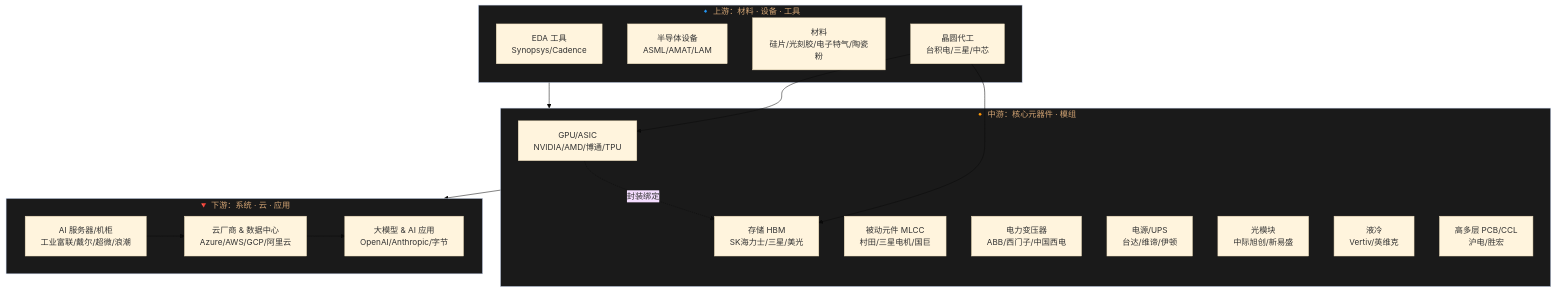
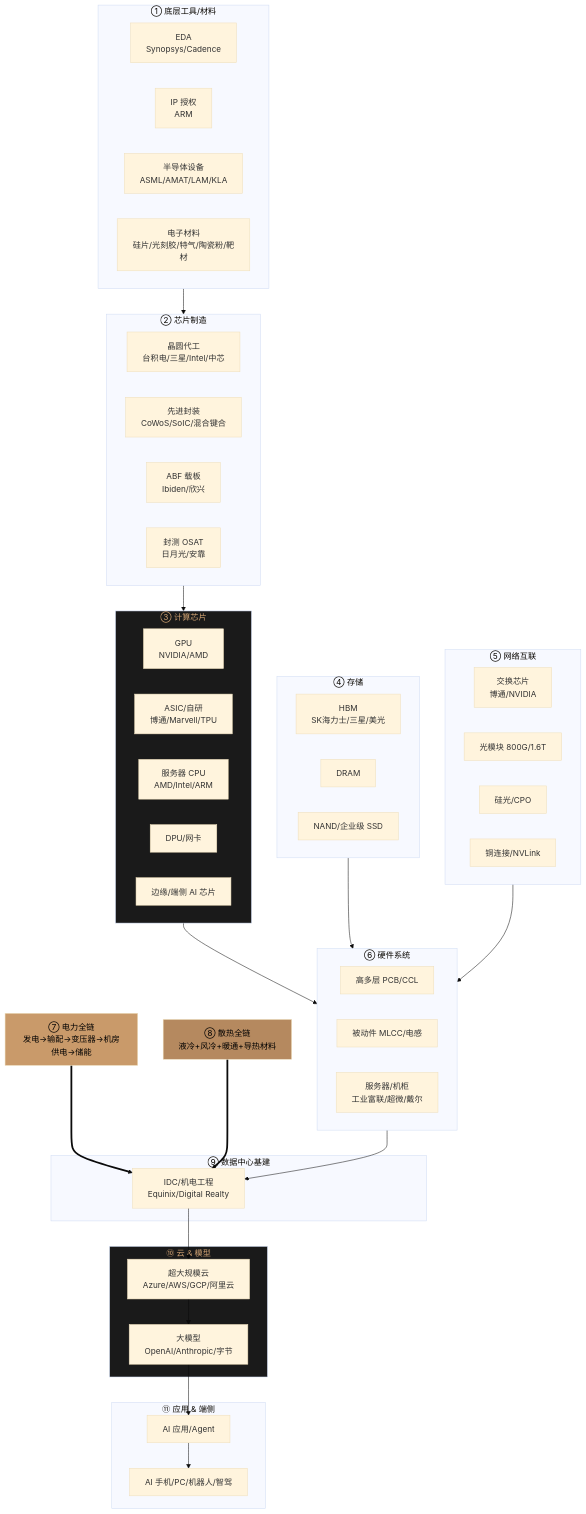
One commit to zhidaqian/understand-anything changed the second of 8 diagrams in docs/ai-supply-chain/README.md. Above: the diagram before and after it, drawn with Mermaid (base theme). The commit also changed other lines of this file, not shown here.

````diff
--- a/docs/ai-supply-chain/README.md
+++ b/docs/ai-supply-chain/README.md
@@ -57,36 +61,65 @@
 ```mermaid
 flowchart TB
-    subgraph UP["🔹 上游：材料 · 设备 · 工具"]
-        EDA["EDA 工具<br/>Synopsys/Cadence"]
-        Equip["半导体设备<br/>ASML/AMAT/LAM"]
-        Mat["材料<br/>硅片/光刻胶/电子特气/陶瓷粉"]
-        Foundry["晶圆代工<br/>台积电/三星/中芯"]
+    subgraph L1["① 底层工具/材料"]
+        EDA["EDA<br/>Synopsys/Cadence"]
+        IP["IP 授权<br/>ARM"]
+        Equip["半导体设备<br/>ASML/AMAT/LAM/KLA"]
+        Mat["电子材料<br/>硅片/光刻胶/特气/陶瓷粉/靶材"]
+    end
+    subgraph L2["② 芯片制造"]
+        Foundry["晶圆代工<br/>台积电/三星/Intel/中芯"]
+        Pack["先进封装<br/>CoWoS/SoIC/混合键合"]
+        Sub["ABF 载板<br/>Ibiden/欣兴"]
+        OSAT["封测 OSAT<br/>日月光/安靠"]
+    end
+    subgraph L3["③ 计算芯片"]
+        GPU["GPU<br/>NVIDIA/AMD"]
+        ASIC["ASIC/自研<br/>博通/Marvell/TPU"]
+        CPU["服务器 CPU<br/>AMD/Intel/ARM"]
+        DPU["DPU/网卡"]
+        Edge["边缘/端侧 AI 芯片"]
+    end
+    subgraph L4["④ 存储"]
+        HBM["HBM<br/>SK海力士/三星/美光"]
+        DRAM["DRAM"]
+        NAND["NAND/企业级 SSD"]
+    end
+    subgraph L5["⑤ 网络互联"]
+        SW["交换芯片<br/>博通/NVIDIA"]
+        Opt["光模块 800G/1.6T"]
+        CPO["硅光/CPO"]
+        Cu["铜连接/NVLink"]
+    end
+    subgraph L6["⑥ 硬件系统"]
+        PCB["高多层 PCB/CCL"]
+        MLCC["被动件 MLCC/电感"]
+        Server["服务器/机柜<br/>工业富联/超微/戴尔"]
+    end
+    subgraph L9["⑨ 数据中心基建"]
+        IDC["IDC/机电工程<br/>Equinix/Digital Realty"]
+    end
+    subgraph L10["⑩ 云 & 模型"]
+        Cloud["超大规模云<br/>Azure/AWS/GCP/阿里云"]
+        Model["大模型<br/>OpenAI/Anthropic/字节"]
+    end
+    subgraph L11["⑪ 应用 & 端侧"]
+        App["AI 应用/Agent"]
+        Device["AI 手机/PC/机器人/智驾"]
     end
 
-    subgraph MID["🔸 中游：核心元器件 · 模组"]
-        GPU["GPU/ASIC<br/>NVIDIA/AMD/博通/TPU"]
-        HBM["存储 HBM<br/>SK海力士/三星/美光"]
-        MLCC["被动元件 MLCC<br/>村田/三星电机/国巨"]
-        Trans["电力变压器<br/>ABB/西门子/中国西电"]
-        PSU["电源/UPS<br/>台达/维谛/伊顿"]
-        Optic["光模块<br/>中际旭创/新易盛"]
-        Cool["液冷<br/>Vertiv/英维克"]
-        PCB["高多层 PCB/CCL<br/>沪电/胜宏"]
-    end
+    L1 --> L2 --> L3
+    L3 --> L6
+    L4 --> L6
+    L5 --> L6
+    L6 --> IDC --> Cloud --> Model --> App --> Device
 
-    subgraph DOWN["🔻 下游：系统 · 云 · 应用"]
-        Server["AI 服务器/机柜<br/>工业富联/戴尔/超微/浪潮"]
-        Cloud["云厂商 & 数据中心<br/>Azure/AWS/GCP/阿里云"]
-        App["大模型 & AI 应用<br/>OpenAI/Anthropic/字节"]
-    end
+    P["⑦ 电力全链<br/>发电→输配→变压器→机房供电→储能"]
+    C["⑧ 散热全链<br/>液冷+风冷+暖通+导热材料"]
+    P ==> IDC
+    C ==> IDC
 
-    UP --> MID --> DOWN
-    Foundry --> GPU
-    Foundry --> HBM
-    GPU -.封装绑定.-> HBM
-    Server --> Cloud --> App
-
-    style UP fill:#1a1a1a,color:#d4a574
-    style MID fill:#1a1a1a,color:#d4a574
-    style DOWN fill:#1a1a1a,color:#d4a574
+    style P fill:#c99a6a,color:#000
+    style C fill:#b5895f,color:#000
+    style L3 fill:#1a1a1a,color:#d4a574
+    style L10 fill:#1a1a1a,color:#d4a574
 ```
````
